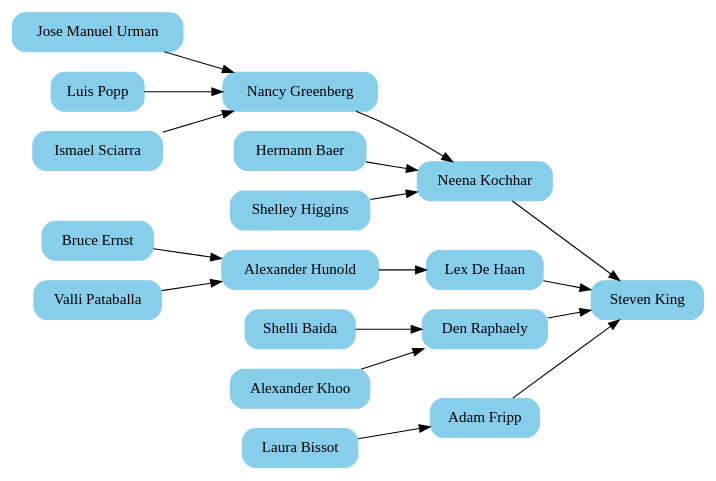
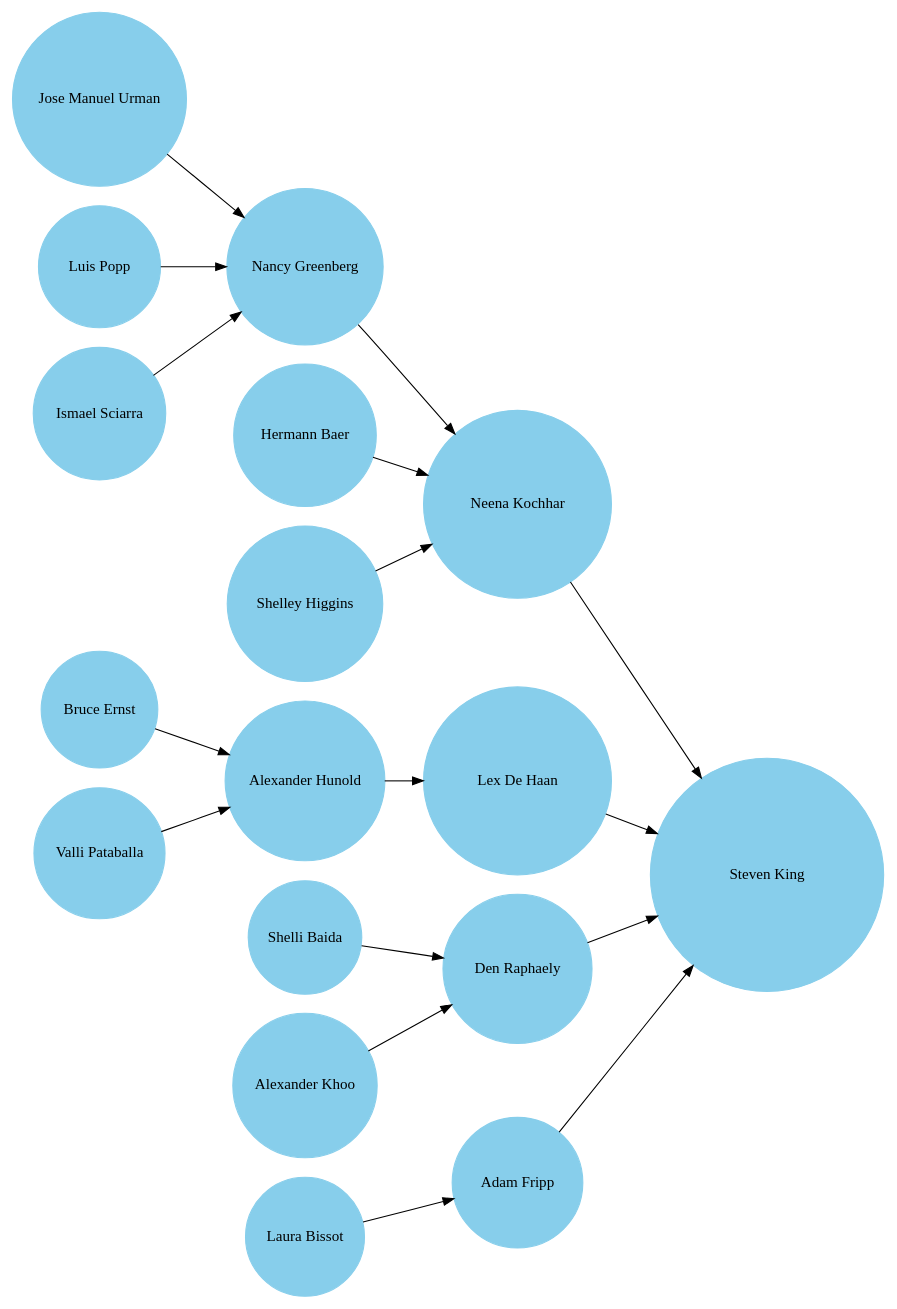
One commit to cristiscu/hierarchy-viewer changed the diagram in data/employees.dot. Above: the diagram before and after it, drawn with Graphviz. The commit also changed 6 other files, not shown here.

Commit message:
added bubble charts

```diff
--- a/data/employees.dot
+++ b/data/employees.dot
@@ -1,37 +1,37 @@
 digraph d {
 	graph [rankdir="LR"; compound="True" color="Gray"];
-	node [shape="Mrecord" style="filled" color="SkyBlue"]
-	n204 [label="Hermann Baer"];
-	n205 [label="Shelley Higgins"];
-	n100 [label="Steven King"];
-	n101 [label="Neena Kochhar"];
-	n102 [label="Lex De Haan"];
-	n103 [label="Alexander Hunold"];
-	n104 [label="Bruce Ernst"];
-	n106 [label="Valli Pataballa"];
-	n108 [label="Nancy Greenberg"];
-	n111 [label="Ismael Sciarra"];
-	n112 [label="Jose Manuel Urman"];
-	n113 [label="Luis Popp"];
-	n114 [label="Den Raphaely"];
-	n115 [label="Alexander Khoo"];
-	n116 [label="Shelli Baida"];
-	n121 [label="Adam Fripp"];
-	n129 [label="Laura Bissot"];
+	node [shape="circle" style="filled" color="SkyBlue"]
+	n204 [label="Hermann Baer" width=1.83 tooltip="10000.0"];
+	n205 [label="Shelley Higgins" width=2.00 tooltip="12008.0"];
+	n100 [label="Steven King" width=3.00 tooltip="24000.0"];
+	n101 [label="Neena Kochhar" width=2.42 tooltip="17000.0"];
+	n102 [label="Lex De Haan" width=2.42 tooltip="17000.0"];
+	n103 [label="Alexander Hunold" width=1.75 tooltip="9000.0"];
+	n104 [label="Bruce Ernst" width=1.50 tooltip="6000.0"];
+	n106 [label="Valli Pataballa" width=1.40 tooltip="4800.0"];
+	n108 [label="Nancy Greenberg" width=2.00 tooltip="12008.0"];
+	n111 [label="Ismael Sciarra" width=1.64 tooltip="7700.0"];
+	n112 [label="Jose Manuel Urman" width=1.65 tooltip="7800.0"];
+	n113 [label="Luis Popp" width=1.57 tooltip="6900.0"];
+	n114 [label="Den Raphaely" width=1.92 tooltip="11000.0"];
+	n115 [label="Alexander Khoo" width=1.26 tooltip="3100.0"];
+	n116 [label="Shelli Baida" width=1.24 tooltip="2900.0"];
+	n121 [label="Adam Fripp" width=1.68 tooltip="8200.0"];
+	n129 [label="Laura Bissot" width=1.27 tooltip="3300.0"];
 	n204 -> n101;
 	n205 -> n101;
 	n101 -> n100;
 	n102 -> n100;
 	n103 -> n102;
 	n104 -> n103;
 	n106 -> n103;
 	n108 -> n101;
 	n111 -> n108;
 	n112 -> n108;
 	n113 -> n108;
 	n114 -> n100;
 	n115 -> n114;
 	n116 -> n114;
 	n121 -> n100;
 	n129 -> n121;
 }
```
